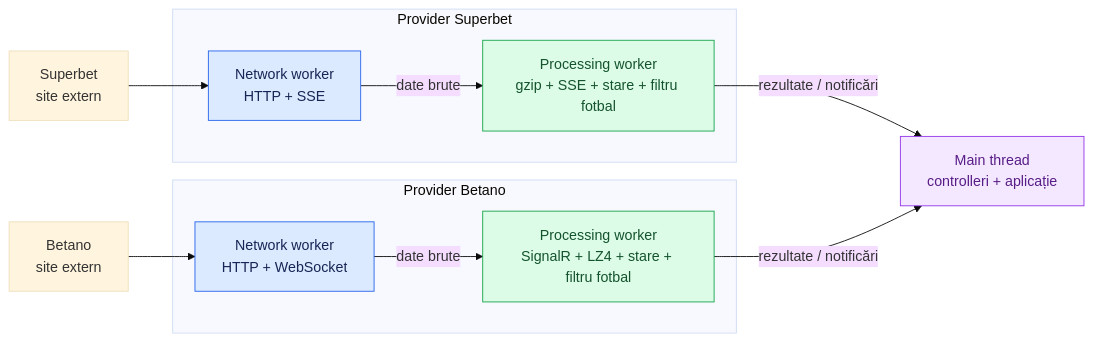
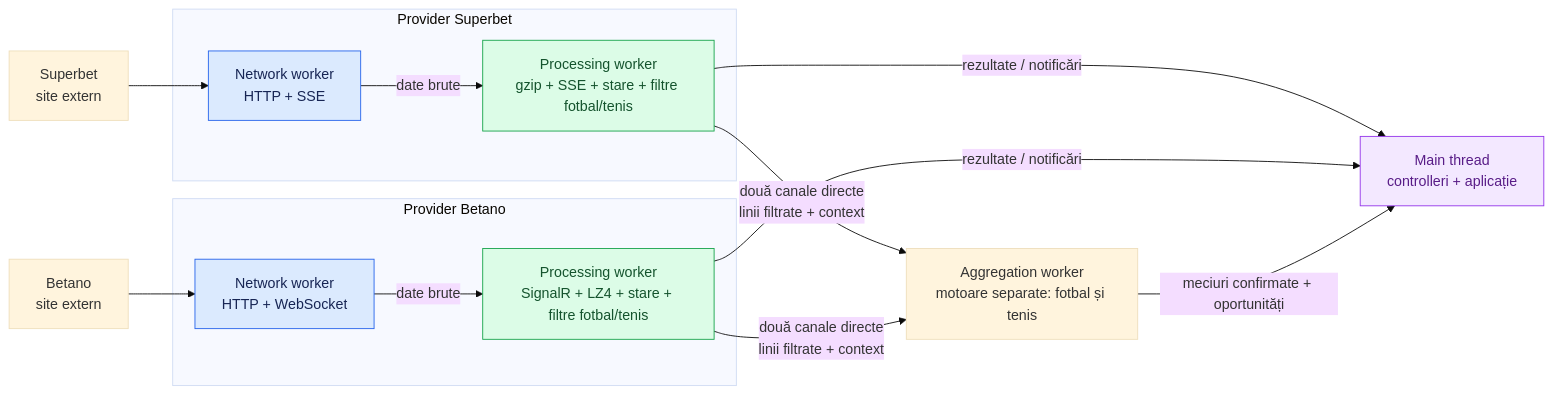
The diagram in README.md (CristiCP/Advanced-Betting-System), drawn with Mermaid (base theme) before and after one commit. The commit also changed other lines of this file and 106 other files, not shown here.

````diff
--- a/README.md
+++ b/README.md
@@ -19,30 +23,34 @@
 ```mermaid
 flowchart LR
     SB["Superbet<br/>site extern"]
     BE["Betano<br/>site extern"]
 
     subgraph SP["Provider Superbet"]
         SN["Network worker<br/>HTTP + SSE"]
-        SW["Processing worker<br/>gzip + SSE + stare + filtru fotbal"]
+        SW["Processing worker<br/>gzip + SSE + stare + filtre fotbal/tenis"]
         SN -->|"date brute"| SW
     end
 
     subgraph BP["Provider Betano"]
         BN["Network worker<br/>HTTP + WebSocket"]
-        BW["Processing worker<br/>SignalR + LZ4 + stare + filtru fotbal"]
+        BW["Processing worker<br/>SignalR + LZ4 + stare + filtre fotbal/tenis"]
         BN -->|"date brute"| BW
     end
 
     MAIN["Main thread<br/>controlleri + aplicație"]
     SB --> SN
     BE --> BN
     SW -->|"rezultate / notificări"| MAIN
     BW -->|"rezultate / notificări"| MAIN
+    AG["Aggregation worker<br/>motoare separate: fotbal și tenis"]
+    SW -->|"două canale directe<br/>linii filtrate + context"| AG
+    BW -->|"două canale directe<br/>linii filtrate + context"| AG
+    AG -->|"meciuri confirmate + oportunități"| MAIN
 
     classDef network fill:#dbeafe,stroke:#2563eb,color:#172554
     classDef processing fill:#dcfce7,stroke:#16a34a,color:#14532d
     classDef main fill:#f3e8ff,stroke:#9333ea,color:#581c87
     class SN,BN network
     class SW,BW processing
     class MAIN main
 ```
````
